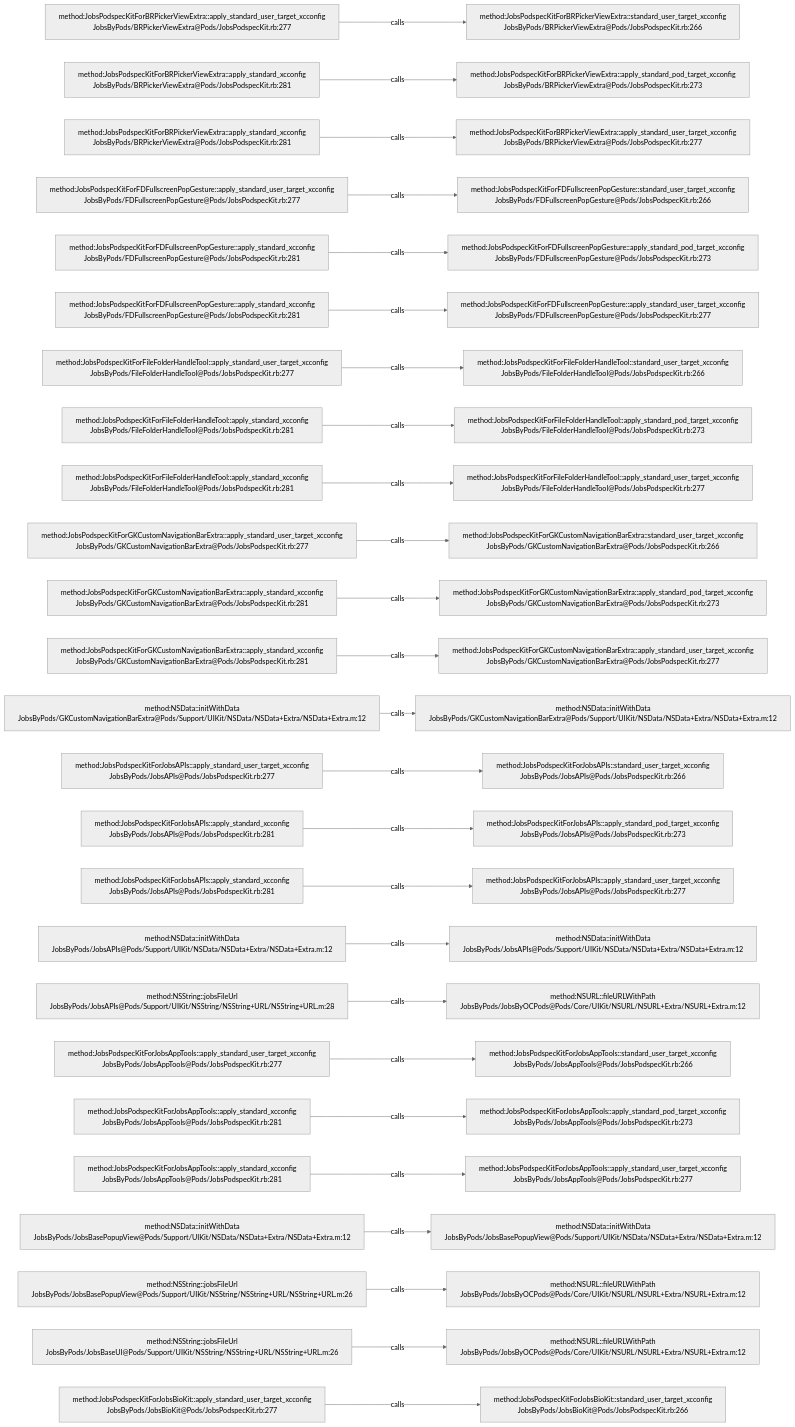
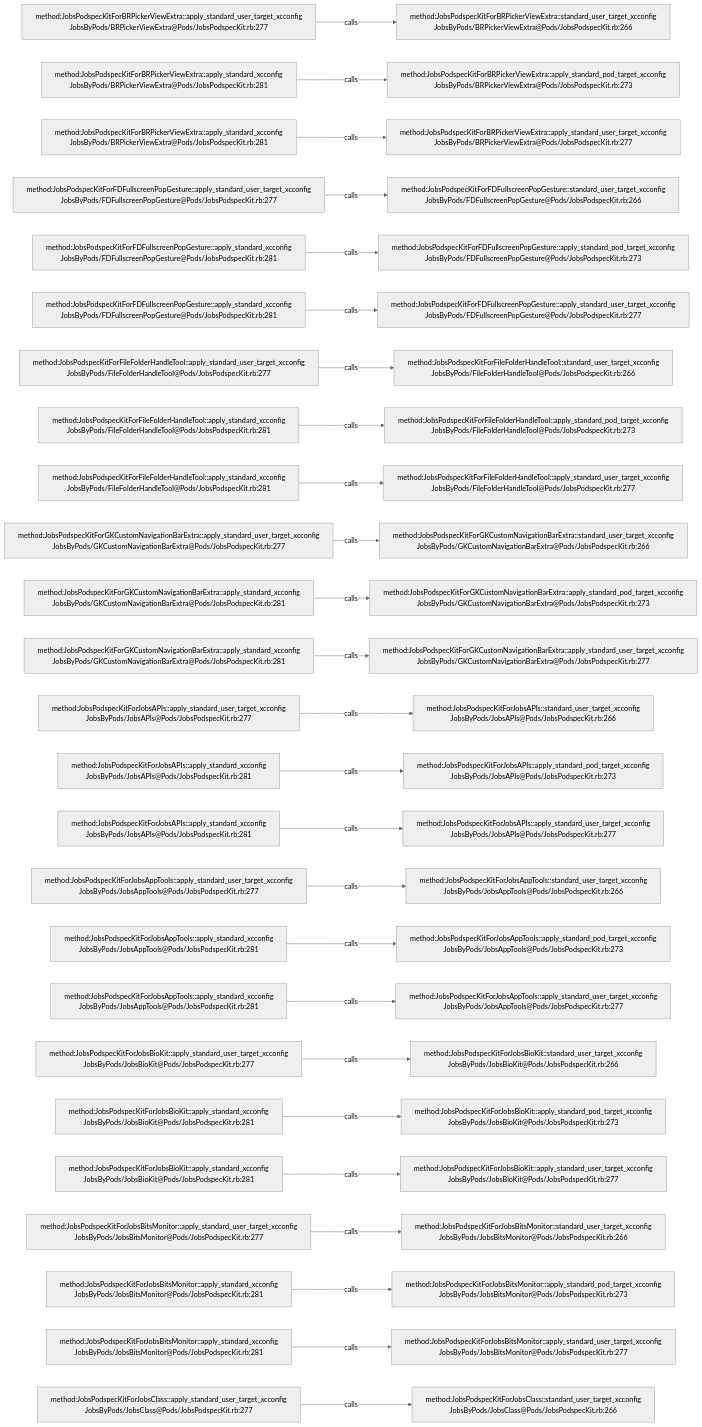
The diagram in .codegraph/codegraph.md/graphs/calls-001.md (JobsKits/JobsOCBaseConfigDemo), drawn with Mermaid (neutral theme) before and after one commit. The commit also changed 2723 other files, not shown here.

````diff
--- a/.codegraph/codegraph.md/graphs/calls-001.md
+++ b/.codegraph/codegraph.md/graphs/calls-001.md
@@ -13,78 +13,78 @@
 ```mermaid
 flowchart LR
   S1["method:JobsPodspecKitForBRPickerViewExtra::apply_standard_user_target_xcconfig<br/>JobsByPods/BRPickerViewExtra@Pods/JobsPodspecKit.rb:277"]
   T1["method:JobsPodspecKitForBRPickerViewExtra::standard_user_target_xcconfig<br/>JobsByPods/BRPickerViewExtra@Pods/JobsPodspecKit.rb:266"]
   S1 -->|calls| T1
   S2["method:JobsPodspecKitForBRPickerViewExtra::apply_standard_xcconfig<br/>JobsByPods/BRPickerViewExtra@Pods/JobsPodspecKit.rb:281"]
   T2["method:JobsPodspecKitForBRPickerViewExtra::apply_standard_pod_target_xcconfig<br/>JobsByPods/BRPickerViewExtra@Pods/JobsPodspecKit.rb:273"]
   S2 -->|calls| T2
   S3["method:JobsPodspecKitForBRPickerViewExtra::apply_standard_xcconfig<br/>JobsByPods/BRPickerViewExtra@Pods/JobsPodspecKit.rb:281"]
   T3["method:JobsPodspecKitForBRPickerViewExtra::apply_standard_user_target_xcconfig<br/>JobsByPods/BRPickerViewExtra@Pods/JobsPodspecKit.rb:277"]
   S3 -->|calls| T3
   S4["method:JobsPodspecKitForFDFullscreenPopGesture::apply_standard_user_target_xcconfig<br/>JobsByPods/FDFullscreenPopGesture@Pods/JobsPodspecKit.rb:277"]
   T4["method:JobsPodspecKitForFDFullscreenPopGesture::standard_user_target_xcconfig<br/>JobsByPods/FDFullscreenPopGesture@Pods/JobsPodspecKit.rb:266"]
   S4 -->|calls| T4
   S5["method:JobsPodspecKitForFDFullscreenPopGesture::apply_standard_xcconfig<br/>JobsByPods/FDFullscreenPopGesture@Pods/JobsPodspecKit.rb:281"]
   T5["method:JobsPodspecKitForFDFullscreenPopGesture::apply_standard_pod_target_xcconfig<br/>JobsByPods/FDFullscreenPopGesture@Pods/JobsPodspecKit.rb:273"]
   S5 -->|calls| T5
   S6["method:JobsPodspecKitForFDFullscreenPopGesture::apply_standard_xcconfig<br/>JobsByPods/FDFullscreenPopGesture@Pods/JobsPodspecKit.rb:281"]
   T6["method:JobsPodspecKitForFDFullscreenPopGesture::apply_standard_user_target_xcconfig<br/>JobsByPods/FDFullscreenPopGesture@Pods/JobsPodspecKit.rb:277"]
   S6 -->|calls| T6
   S7["method:JobsPodspecKitForFileFolderHandleTool::apply_standard_user_target_xcconfig<br/>JobsByPods/FileFolderHandleTool@Pods/JobsPodspecKit.rb:277"]
   T7["method:JobsPodspecKitForFileFolderHandleTool::standard_user_target_xcconfig<br/>JobsByPods/FileFolderHandleTool@Pods/JobsPodspecKit.rb:266"]
   S7 -->|calls| T7
   S8["method:JobsPodspecKitForFileFolderHandleTool::apply_standard_xcconfig<br/>JobsByPods/FileFolderHandleTool@Pods/JobsPodspecKit.rb:281"]
   T8["method:JobsPodspecKitForFileFolderHandleTool::apply_standard_pod_target_xcconfig<br/>JobsByPods/FileFolderHandleTool@Pods/JobsPodspecKit.rb:273"]
   S8 -->|calls| T8
   S9["method:JobsPodspecKitForFileFolderHandleTool::apply_standard_xcconfig<br/>JobsByPods/FileFolderHandleTool@Pods/JobsPodspecKit.rb:281"]
   T9["method:JobsPodspecKitForFileFolderHandleTool::apply_standard_user_target_xcconfig<br/>JobsByPods/FileFolderHandleTool@Pods/JobsPodspecKit.rb:277"]
   S9 -->|calls| T9
   S10["method:JobsPodspecKitForGKCustomNavigationBarExtra::apply_standard_user_target_xcconfig<br/>JobsByPods/GKCustomNavigationBarExtra@Pods/JobsPodspecKit.rb:277"]
   T10["method:JobsPodspecKitForGKCustomNavigationBarExtra::standard_user_target_xcconfig<br/>JobsByPods/GKCustomNavigationBarExtra@Pods/JobsPodspecKit.rb:266"]
   S10 -->|calls| T10
   S11["method:JobsPodspecKitForGKCustomNavigationBarExtra::apply_standard_xcconfig<br/>JobsByPods/GKCustomNavigationBarExtra@Pods/JobsPodspecKit.rb:281"]
   T11["method:JobsPodspecKitForGKCustomNavigationBarExtra::apply_standard_pod_target_xcconfig<br/>JobsByPods/GKCustomNavigationBarExtra@Pods/JobsPodspecKit.rb:273"]
   S11 -->|calls| T11
   S12["method:JobsPodspecKitForGKCustomNavigationBarExtra::apply_standard_xcconfig<br/>JobsByPods/GKCustomNavigationBarExtra@Pods/JobsPodspecKit.rb:281"]
   T12["method:JobsPodspecKitForGKCustomNavigationBarExtra::apply_standard_user_target_xcconfig<br/>JobsByPods/GKCustomNavigationBarExtra@Pods/JobsPodspecKit.rb:277"]
   S12 -->|calls| T12
-  S13["method:NSData::initWithData<br/>JobsByPods/GKCustomNavigationBarExtra@Pods/Support/UIKit/NSData/NSData+Extra/NSData+Extra.m:12"]
-  T13["method:NSData::initWithData<br/>JobsByPods/GKCustomNavigationBarExtra@Pods/Support/UIKit/NSData/NSData+Extra/NSData+Extra.m:12"]
+  S13["method:JobsPodspecKitForJobsAPIs::apply_standard_user_target_xcconfig<br/>JobsByPods/JobsAPIs@Pods/JobsPodspecKit.rb:277"]
+  T13["method:JobsPodspecKitForJobsAPIs::standard_user_target_xcconfig<br/>JobsByPods/JobsAPIs@Pods/JobsPodspecKit.rb:266"]
   S13 -->|calls| T13
-  S14["method:JobsPodspecKitForJobsAPIs::apply_standard_user_target_xcconfig<br/>JobsByPods/JobsAPIs@Pods/JobsPodspecKit.rb:277"]
-  T14["method:JobsPodspecKitForJobsAPIs::standard_user_target_xcconfig<br/>JobsByPods/JobsAPIs@Pods/JobsPodspecKit.rb:266"]
+  S14["method:JobsPodspecKitForJobsAPIs::apply_standard_xcconfig<br/>JobsByPods/JobsAPIs@Pods/JobsPodspecKit.rb:281"]
+  T14["method:JobsPodspecKitForJobsAPIs::apply_standard_pod_target_xcconfig<br/>JobsByPods/JobsAPIs@Pods/JobsPodspecKit.rb:273"]
   S14 -->|calls| T14
   S15["method:JobsPodspecKitForJobsAPIs::apply_standard_xcconfig<br/>JobsByPods/JobsAPIs@Pods/JobsPodspecKit.rb:281"]
-  T15["method:JobsPodspecKitForJobsAPIs::apply_standard_pod_target_xcconfig<br/>JobsByPods/JobsAPIs@Pods/JobsPodspecKit.rb:273"]
+  T15["method:JobsPodspecKitForJobsAPIs::apply_standard_user_target_xcconfig<br/>JobsByPods/JobsAPIs@Pods/JobsPodspecKit.rb:277"]
   S15 -->|calls| T15
-  S16["method:JobsPodspecKitForJobsAPIs::apply_standard_xcconfig<br/>JobsByPods/JobsAPIs@Pods/JobsPodspecKit.rb:281"]
-  T16["method:JobsPodspecKitForJobsAPIs::apply_standard_user_target_xcconfig<br/>JobsByPods/JobsAPIs@Pods/JobsPodspecKit.rb:277"]
+  S16["method:JobsPodspecKitForJobsAppTools::apply_standard_user_target_xcconfig<br/>JobsByPods/JobsAppTools@Pods/JobsPodspecKit.rb:277"]
+  T16["method:JobsPodspecKitForJobsAppTools::standard_user_target_xcconfig<br/>JobsByPods/JobsAppTools@Pods/JobsPodspecKit.rb:266"]
   S16 -->|calls| T16
-  S17["method:NSData::initWithData<br/>JobsByPods/JobsAPIs@Pods/Support/UIKit/NSData/NSData+Extra/NSData+Extra.m:12"]
-  T17["method:NSData::initWithData<br/>JobsByPods/JobsAPIs@Pods/Support/UIKit/NSData/NSData+Extra/NSData+Extra.m:12"]
+  S17["method:JobsPodspecKitForJobsAppTools::apply_standard_xcconfig<br/>JobsByPods/JobsAppTools@Pods/JobsPodspecKit.rb:281"]
+  T17["method:JobsPodspecKitForJobsAppTools::apply_standard_pod_target_xcconfig<br/>JobsByPods/JobsAppTools@Pods/JobsPodspecKit.rb:273"]
   S17 -->|calls| T17
-  S18["method:NSString::jobsFileUrl<br/>JobsByPods/JobsAPIs@Pods/Support/UIKit/NSString/NSString+URL/NSString+URL.m:28"]
-  T18["method:NSURL::fileURLWithPath<br/>JobsByPods/JobsByOCPods@Pods/Core/UIKit/NSURL/NSURL+Extra/NSURL+Extra.m:12"]
+  S18["method:JobsPodspecKitForJobsAppTools::apply_standard_xcconfig<br/>JobsByPods/JobsAppTools@Pods/JobsPodspecKit.rb:281"]
+  T18["method:JobsPodspecKitForJobsAppTools::apply_standard_user_target_xcconfig<br/>JobsByPods/JobsAppTools@Pods/JobsPodspecKit.rb:277"]
   S18 -->|calls| T18
-  S19["method:JobsPodspecKitForJobsAppTools::apply_standard_user_target_xcconfig<br/>JobsByPods/JobsAppTools@Pods/JobsPodspecKit.rb:277"]
-  T19["method:JobsPodspecKitForJobsAppTools::standard_user_target_xcconfig<br/>JobsByPods/JobsAppTools@Pods/JobsPodspecKit.rb:266"]
+  S19["method:JobsPodspecKitForJobsBioKit::apply_standard_user_target_xcconfig<br/>JobsByPods/JobsBioKit@Pods/JobsPodspecKit.rb:277"]
+  T19["method:JobsPodspecKitForJobsBioKit::standard_user_target_xcconfig<br/>JobsByPods/JobsBioKit@Pods/JobsPodspecKit.rb:266"]
   S19 -->|calls| T19
-  S20["method:JobsPodspecKitForJobsAppTools::apply_standard_xcconfig<br/>JobsByPods/JobsAppTools@Pods/JobsPodspecKit.rb:281"]
-  T20["method:JobsPodspecKitForJobsAppTools::apply_standard_pod_target_xcconfig<br/>JobsByPods/JobsAppTools@Pods/JobsPodspecKit.rb:273"]
+  S20["method:JobsPodspecKitForJobsBioKit::apply_standard_xcconfig<br/>JobsByPods/JobsBioKit@Pods/JobsPodspecKit.rb:281"]
+  T20["method:JobsPodspecKitForJobsBioKit::apply_standard_pod_target_xcconfig<br/>JobsByPods/JobsBioKit@Pods/JobsPodspecKit.rb:273"]
   S20 -->|calls| T20
-  S21["method:JobsPodspecKitForJobsAppTools::apply_standard_xcconfig<br/>JobsByPods/JobsAppTools@Pods/JobsPodspecKit.rb:281"]
-  T21["method:JobsPodspecKitForJobsAppTools::apply_standard_user_target_xcconfig<br/>JobsByPods/JobsAppTools@Pods/JobsPodspecKit.rb:277"]
+  S21["method:JobsPodspecKitForJobsBioKit::apply_standard_xcconfig<br/>JobsByPods/JobsBioKit@Pods/JobsPodspecKit.rb:281"]
+  T21["method:JobsPodspecKitForJobsBioKit::apply_standard_user_target_xcconfig<br/>JobsByPods/JobsBioKit@Pods/JobsPodspecKit.rb:277"]
   S21 -->|calls| T21
-  S22["method:NSData::initWithData<br/>JobsByPods/JobsBasePopupView@Pods/Support/UIKit/NSData/NSData+Extra/NSData+Extra.m:12"]
-  T22["method:NSData::initWithData<br/>JobsByPods/JobsBasePopupView@Pods/Support/UIKit/NSData/NSData+Extra/NSData+Extra.m:12"]
+  S22["method:JobsPodspecKitForJobsBitsMonitor::apply_standard_user_target_xcconfig<br/>JobsByPods/JobsBitsMonitor@Pods/JobsPodspecKit.rb:277"]
+  T22["method:JobsPodspecKitForJobsBitsMonitor::standard_user_target_xcconfig<br/>JobsByPods/JobsBitsMonitor@Pods/JobsPodspecKit.rb:266"]
   S22 -->|calls| T22
-  S23["method:NSString::jobsFileUrl<br/>JobsByPods/JobsBasePopupView@Pods/Support/UIKit/NSString/NSString+URL/NSString+URL.m:26"]
-  T23["method:NSURL::fileURLWithPath<br/>JobsByPods/JobsByOCPods@Pods/Core/UIKit/NSURL/NSURL+Extra/NSURL+Extra.m:12"]
+  S23["method:JobsPodspecKitForJobsBitsMonitor::apply_standard_xcconfig<br/>JobsByPods/JobsBitsMonitor@Pods/JobsPodspecKit.rb:281"]
+  T23["method:JobsPodspecKitForJobsBitsMonitor::apply_standard_pod_target_xcconfig<br/>JobsByPods/JobsBitsMonitor@Pods/JobsPodspecKit.rb:273"]
   S23 -->|calls| T23
-  S24["method:NSString::jobsFileUrl<br/>JobsByPods/JobsBaseUI@Pods/Support/UIKit/NSString/NSString+URL/NSString+URL.m:26"]
-  T24["method:NSURL::fileURLWithPath<br/>JobsByPods/JobsByOCPods@Pods/Core/UIKit/NSURL/NSURL+Extra/NSURL+Extra.m:12"]
+  S24["method:JobsPodspecKitForJobsBitsMonitor::apply_standard_xcconfig<br/>JobsByPods/JobsBitsMonitor@Pods/JobsPodspecKit.rb:281"]
+  T24["method:JobsPodspecKitForJobsBitsMonitor::apply_standard_user_target_xcconfig<br/>JobsByPods/JobsBitsMonitor@Pods/JobsPodspecKit.rb:277"]
   S24 -->|calls| T24
-  S25["method:JobsPodspecKitForJobsBioKit::apply_standard_user_target_xcconfig<br/>JobsByPods/JobsBioKit@Pods/JobsPodspecKit.rb:277"]
-  T25["method:JobsPodspecKitForJobsBioKit::standard_user_target_xcconfig<br/>JobsByPods/JobsBioKit@Pods/JobsPodspecKit.rb:266"]
+  S25["method:JobsPodspecKitForJobsClass::apply_standard_user_target_xcconfig<br/>JobsByPods/JobsClass@Pods/JobsPodspecKit.rb:277"]
+  T25["method:JobsPodspecKitForJobsClass::standard_user_target_xcconfig<br/>JobsByPods/JobsClass@Pods/JobsPodspecKit.rb:266"]
   S25 -->|calls| T25
 ```
````
